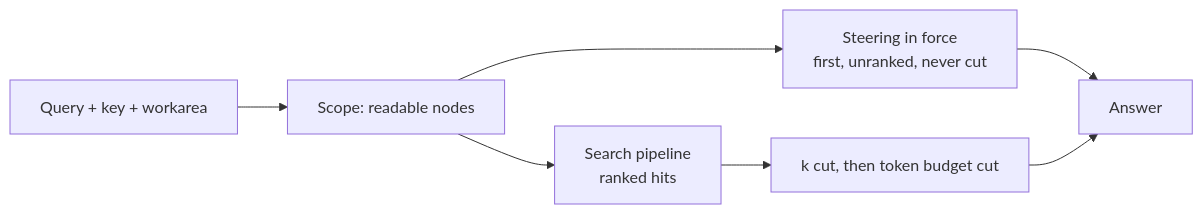
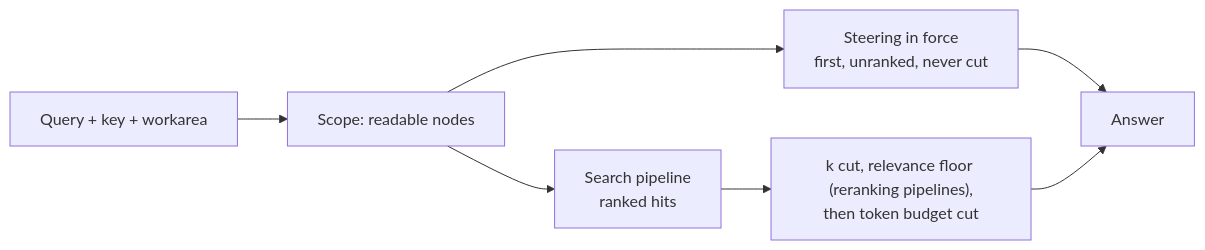
One commit to e8kor/open-memory-lab changed the diagram in docs/architecture/retrieval.md. Above: the diagram before and after it, drawn with Mermaid. The commit also changed other lines of this file and 24 other files, not shown here.

First line of the commit message:
docs: the architecture pages hold four views and say what the code builds

````diff
--- a/docs/architecture/retrieval.md
+++ b/docs/architecture/retrieval.md
@@ -41,9 +41,9 @@
 ```mermaid
 flowchart LR
     Q["Query + key + workarea"] --> S["Scope: readable nodes"]
     S --> ST["Steering in force<br/>first, unranked, never cut"]
     S --> P["Search pipeline<br/>ranked hits"]
-    P --> C["k cut, then token budget cut"]
+    P --> C["k cut, relevance floor (reranking pipelines),<br/>then token budget cut"]
     ST --> A["Answer"]
     C --> A
 ```
````
